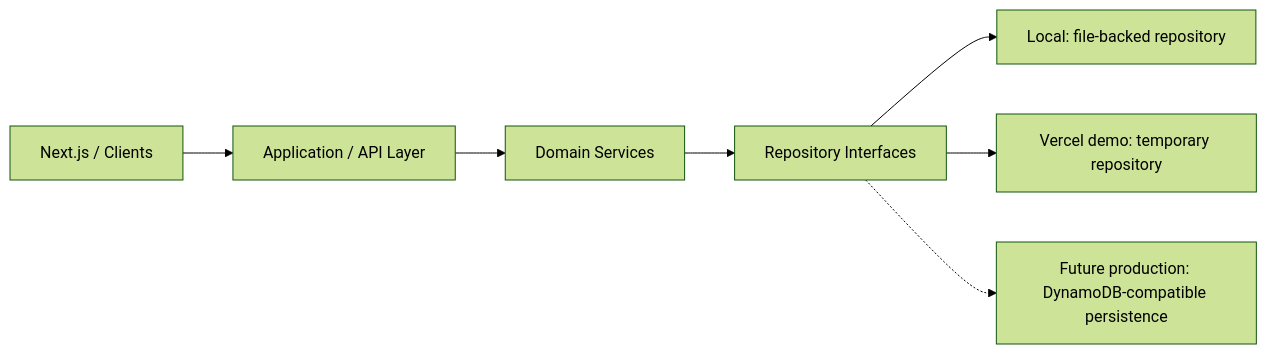
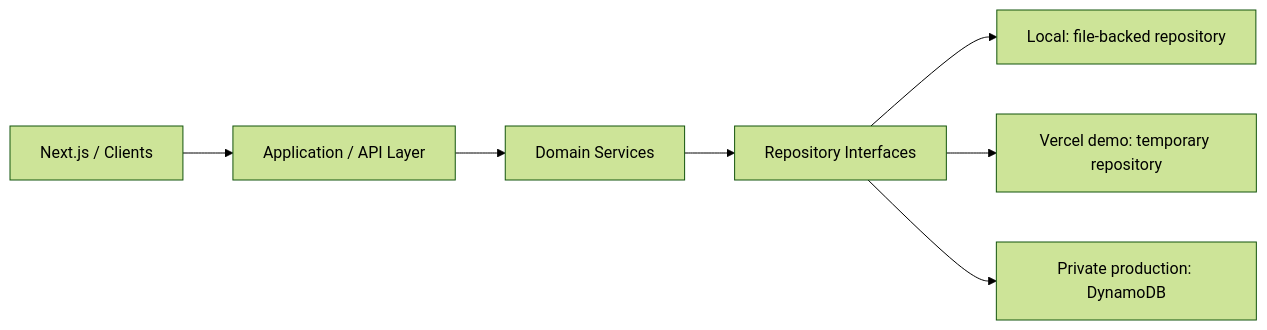
One commit to LovetoLaugh/human-profile changed the second of 2 diagrams in README.md. Above: the diagram before and after it, drawn with Mermaid (forest theme). The commit also changed other lines of this file and 19 other files, not shown here.

Commit message:
feat: add DynamoDB production persistence for private profiles

````diff
--- a/README.md
+++ b/README.md
@@ -177,9 +179,9 @@
 ```mermaid
 flowchart LR
     A[Next.js / Clients] --> B[Application / API Layer]
     B --> C[Domain Services]
     C --> D[Repository Interfaces]
     D --> E[Local: file-backed repository]
     D --> F[Vercel demo: temporary repository]
-    D -.-> G[Future production: DynamoDB-compatible persistence]
+    D --> G[Private production: DynamoDB]
 ```
````
